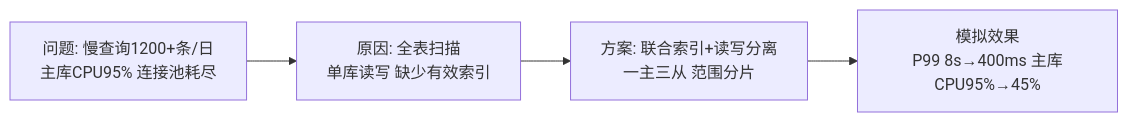
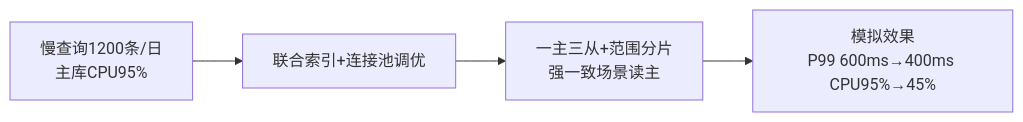
Before and after one commit to EdgarLQS/SoftwareArchitectureExamGuide: the fifth of 5 diagrams in 02-论文专题/0011-性能优化/00-大纲记忆卡.md, drawn with Mermaid. The commit also changed other lines of this file, not shown here.

````diff
--- a/02-论文专题/0011-性能优化/00-大纲记忆卡.md
+++ b/02-论文专题/0011-性能优化/00-大纲记忆卡.md
@@ -89,6 +78,6 @@
 ```mermaid
 flowchart LR
-    A["问题: 慢查询1200+条/日<br/>主库CPU95% 连接池耗尽"] --> B["原因: 全表扫描<br/>单库读写 缺少有效索引"]
-    B --> C["方案: 联合索引+读写分离<br/>一主三从 范围分片"]
-    C --> D["模拟效果<br/>P99 8s→400ms 主库CPU95%→45%"]
+    A["慢查询1200条/日<br/>主库CPU95%"] --> B["联合索引+连接池调优"]
+    B --> C["一主三从+范围分片<br/>强一致场景读主"]
+    C --> D["模拟效果<br/>P99 600ms→400ms CPU95%→45%"]
 ```
````
